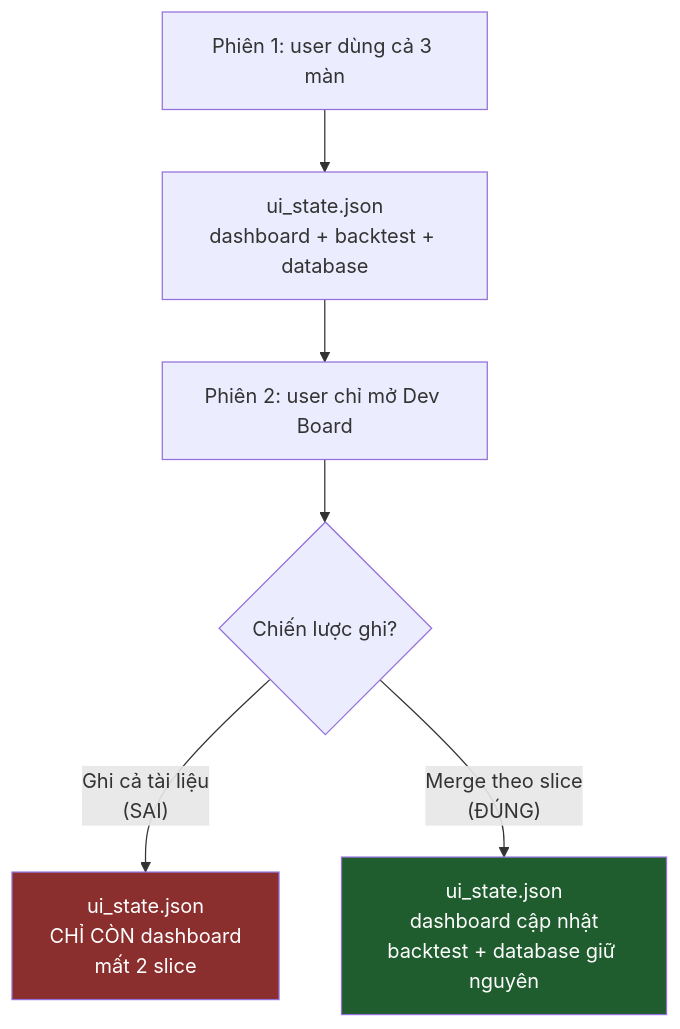
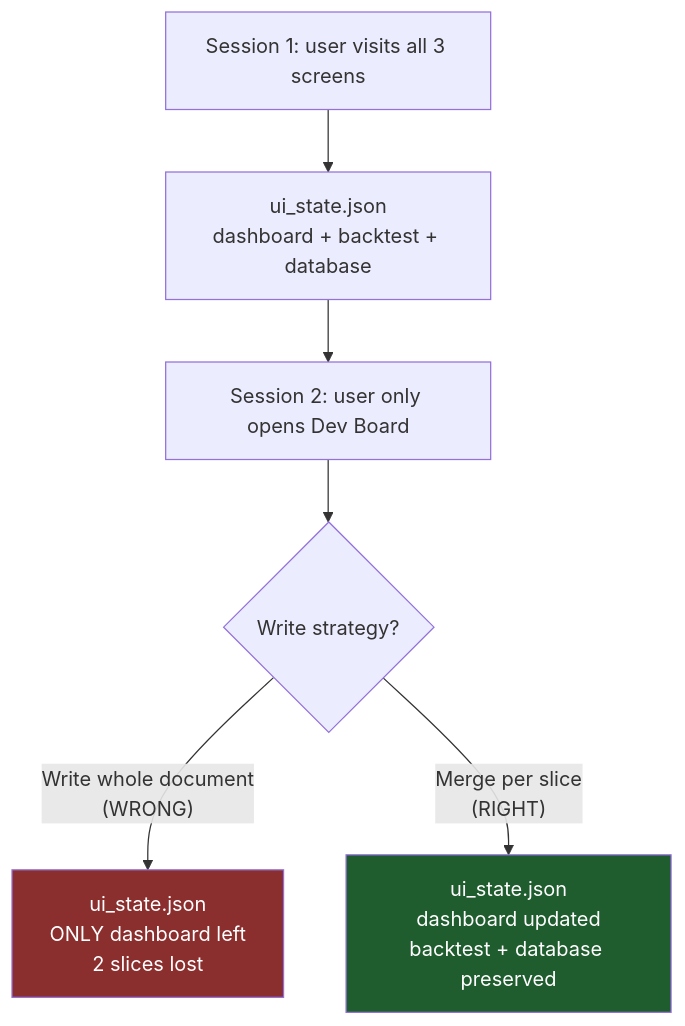
Before and after one commit to anhembedded/Sagittarius_Elite_Warrior: the third of 12 diagrams in Tasks/epics/EPIC-010_ghi_nho_gia_tri_cuoi/design/DESIGN_2026-08-25_ui_state_persistence.md, drawn with Mermaid. The commit also changed other lines of this file and 1 other file, not shown here.

````diff
--- a/Tasks/epics/EPIC-010_ghi_nho_gia_tri_cuoi/design/DESIGN_2026-08-25_ui_state_persistence.md
+++ b/Tasks/epics/EPIC-010_ghi_nho_gia_tri_cuoi/design/DESIGN_2026-08-25_ui_state_persistence.md
@@ -373,11 +394,11 @@
 ```mermaid
 flowchart TD
-    A["Phiên 1: user dùng cả 3 màn"] --> B["ui_state.json<br/>dashboard + backtest + database"]
-    B --> C["Phiên 2: user chỉ mở Dev Board"]
-    C --> D{"Chiến lược ghi?"}
-    D -->|"Ghi cả tài liệu<br/>(SAI)"| E["ui_state.json<br/>CHỈ CÒN dashboard<br/>mất 2 slice"]
-    D -->|"Merge theo slice<br/>(ĐÚNG)"| F["ui_state.json<br/>dashboard cập nhật<br/>backtest + database giữ nguyên"]
+    A["Session 1: user visits all 3 screens"] --> B["ui_state.json<br/>dashboard + backtest + database"]
+    B --> C["Session 2: user only opens Dev Board"]
+    C --> D{"Write strategy?"}
+    D -->|"Write whole document<br/>(WRONG)"| E["ui_state.json<br/>ONLY dashboard left<br/>2 slices lost"]
+    D -->|"Merge per slice<br/>(RIGHT)"| F["ui_state.json<br/>dashboard updated<br/>backtest + database preserved"]
 
     style E fill:#8B2E2E,color:#fff
     style F fill:#1F5C2E,color:#fff
 ```
````
